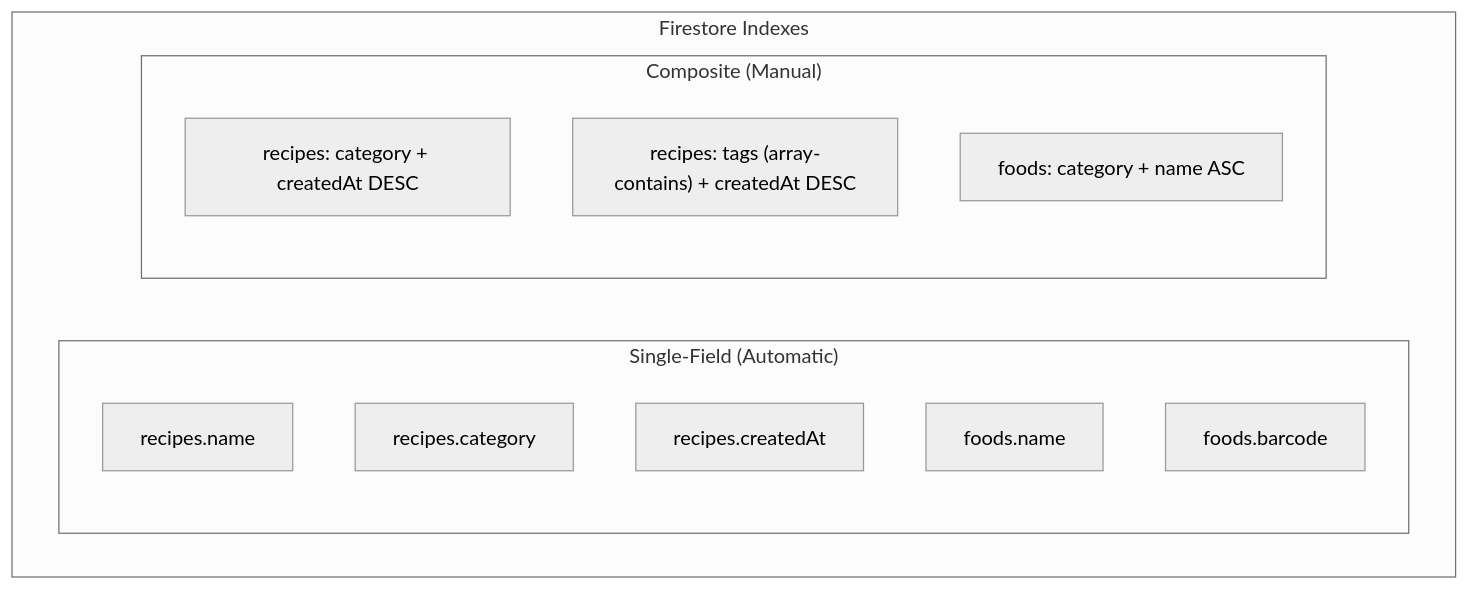
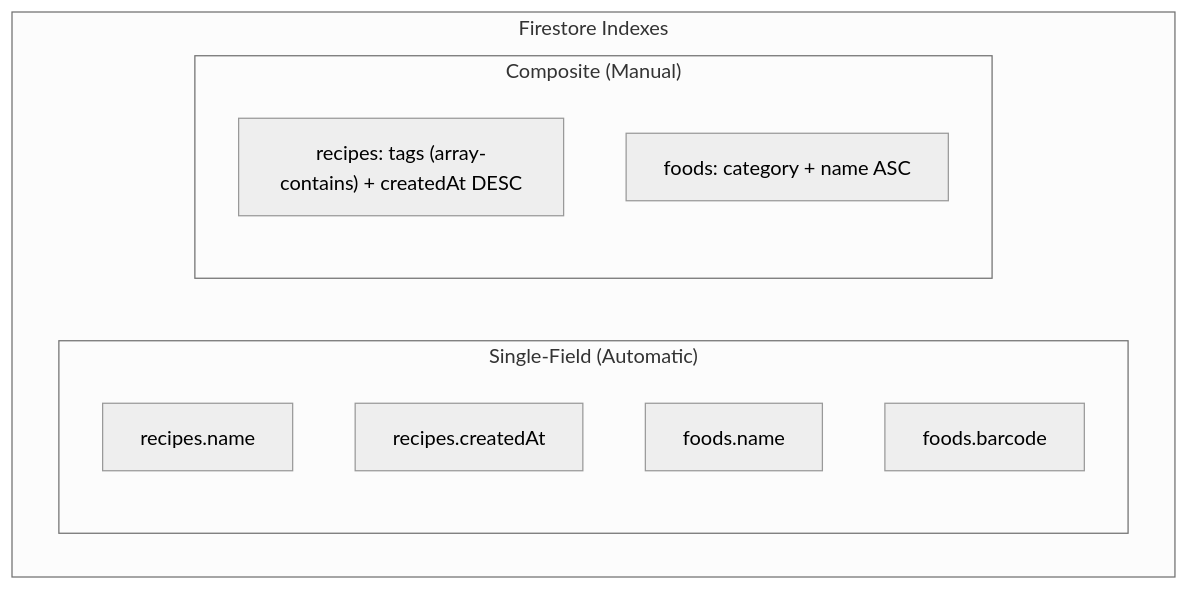
One commit to TimothyYao/meal-planning changed the fifth of 26 diagrams in doc/recipes-design.md. Above: the diagram before and after it, drawn with Mermaid (neutral theme). The commit also changed other lines of this file, not shown here.

````diff
--- a/doc/recipes-design.md
+++ b/doc/recipes-design.md
@@ -196,18 +192,16 @@
 ```mermaid
 flowchart TB
     subgraph Indexes["Firestore Indexes"]
         subgraph Single["Single-Field (Automatic)"]
             I1["recipes.name"]
-            I2["recipes.category"]
-            I3["recipes.createdAt"]
-            I4["foods.name"]
-            I5["foods.barcode"]
+            I2["recipes.createdAt"]
+            I3["foods.name"]
+            I4["foods.barcode"]
         end
         
         subgraph Composite["Composite (Manual)"]
-            C1["recipes: category + createdAt DESC"]
-            C2["recipes: tags (array-contains) + createdAt DESC"]
-            C3["foods: category + name ASC"]
+            C1["recipes: tags (array-contains) + createdAt DESC"]
+            C2["foods: category + name ASC"]
         end
     end
 ```
````
